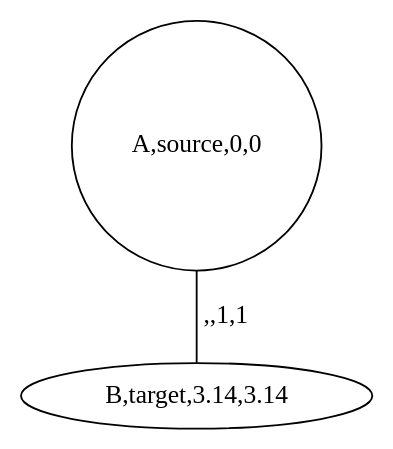
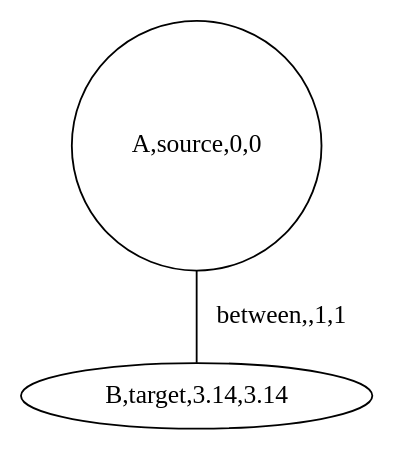
The diagram in BoostGraphTutorial/create_custom_and_selectable_edges_and_vertices_k2_graph.dot (richelbilderbeek/boost_graph_cookbook_1), drawn with Graphviz before and after one commit. The commit also changed 74 other files, not shown here.

```diff
--- a/BoostGraphTutorial/create_custom_and_selectable_edges_and_vertices_k2_graph.dot
+++ b/BoostGraphTutorial/create_custom_and_selectable_edges_and_vertices_k2_graph.dot
@@ -1,5 +1,5 @@
 graph G {
 0[label="A,source,0,0", regular="1"];
 1[label="B,target,3.14,3.14", regular="0"];
-0--1 [label=",,1,1", regular="0"];
+0--1 [label="between,,1,1", regular="0"];
 }
```
